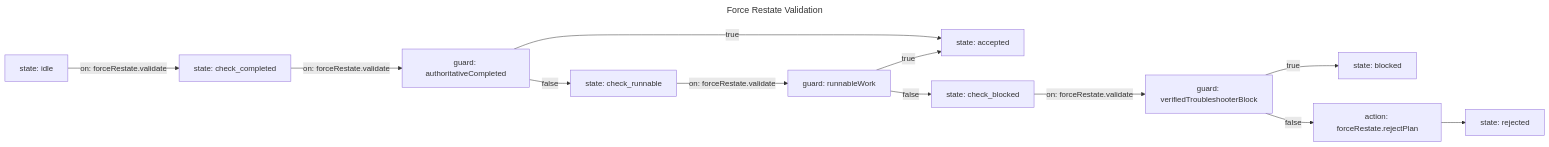
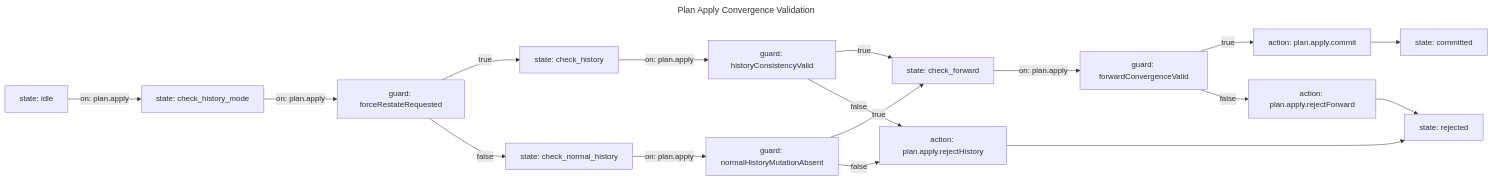
One commit to lalalic/agents-relay changed the diagram in workflow/force-restate-validation.mmd. Above: the diagram before and after it, drawn with Mermaid. The commit also changed 21 other files, not shown here.

Commit message:
Validate plan convergence before atomic apply

```diff
--- a/workflow/force-restate-validation.mmd
+++ b/workflow/force-restate-validation.mmd
@@ -1,29 +1,37 @@
 ---
-title: Force Restate Validation
-description: Accepts only verified post-reconcile outcomes and rejects invalid forced Plans into Planner recovery.
+title: Plan Apply Convergence Validation
+description: Validates hypothetical Plan application and, for Force Restate, historical consistency before the atomic commit action.
 ---
 flowchart LR
 %% relay: initial idle
 idle["state: idle"]
-checkCompleted["state: check_completed"]
-checkRunnable["state: check_runnable"]
-checkBlocked["state: check_blocked"]
-accepted["state: accepted"]
-blocked["state: blocked"]
+checkHistoryMode["state: check_history_mode"]
+checkHistory["state: check_history"]
+checkNormalHistory["state: check_normal_history"]
+checkForward["state: check_forward"]
+commit["action: plan.apply.commit"]
 rejected["state: rejected"]
-completed["guard: authoritativeCompleted"]
-runnable["guard: runnableWork"]
-troubleshooterBlocked["guard: verifiedTroubleshooterBlock"]
-reject["action: forceRestate.rejectPlan"]
+committed["state: committed"]
+forceRestate["guard: forceRestateRequested"]
+historyConsistent["guard: historyConsistencyValid"]
+forwardConverged["guard: forwardConvergenceValid"]
+normalHistoryClean["guard: normalHistoryMutationAbsent"]
+rejectHistory["action: plan.apply.rejectHistory"]
+rejectForward["action: plan.apply.rejectForward"]
 
-idle -->|on: forceRestate.validate| checkCompleted
-checkCompleted -->|on: forceRestate.validate| completed
-completed -->|true| accepted
-completed -->|false| checkRunnable
-checkRunnable -->|on: forceRestate.validate| runnable
-runnable -->|true| accepted
-runnable -->|false| checkBlocked
-checkBlocked -->|on: forceRestate.validate| troubleshooterBlocked
-troubleshooterBlocked -->|true| blocked
-troubleshooterBlocked -->|false| reject
-reject --> rejected
+idle -->|on: plan.apply| checkHistoryMode
+checkHistoryMode -->|on: plan.apply| forceRestate
+forceRestate -->|true| checkHistory
+forceRestate -->|false| checkNormalHistory
+checkNormalHistory -->|on: plan.apply| normalHistoryClean
+normalHistoryClean -->|true| checkForward
+normalHistoryClean -->|false| rejectHistory
+checkHistory -->|on: plan.apply| historyConsistent
+historyConsistent -->|true| checkForward
+historyConsistent -->|false| rejectHistory
+rejectHistory --> rejected
+checkForward -->|on: plan.apply| forwardConverged
+forwardConverged -->|true| commit
+forwardConverged -->|false| rejectForward
+commit --> committed
+rejectForward --> rejected
```
